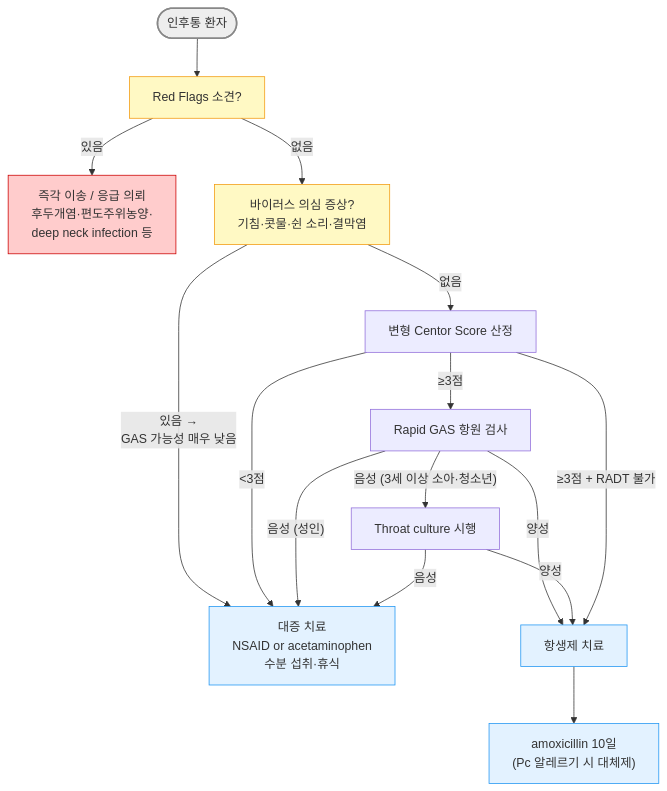
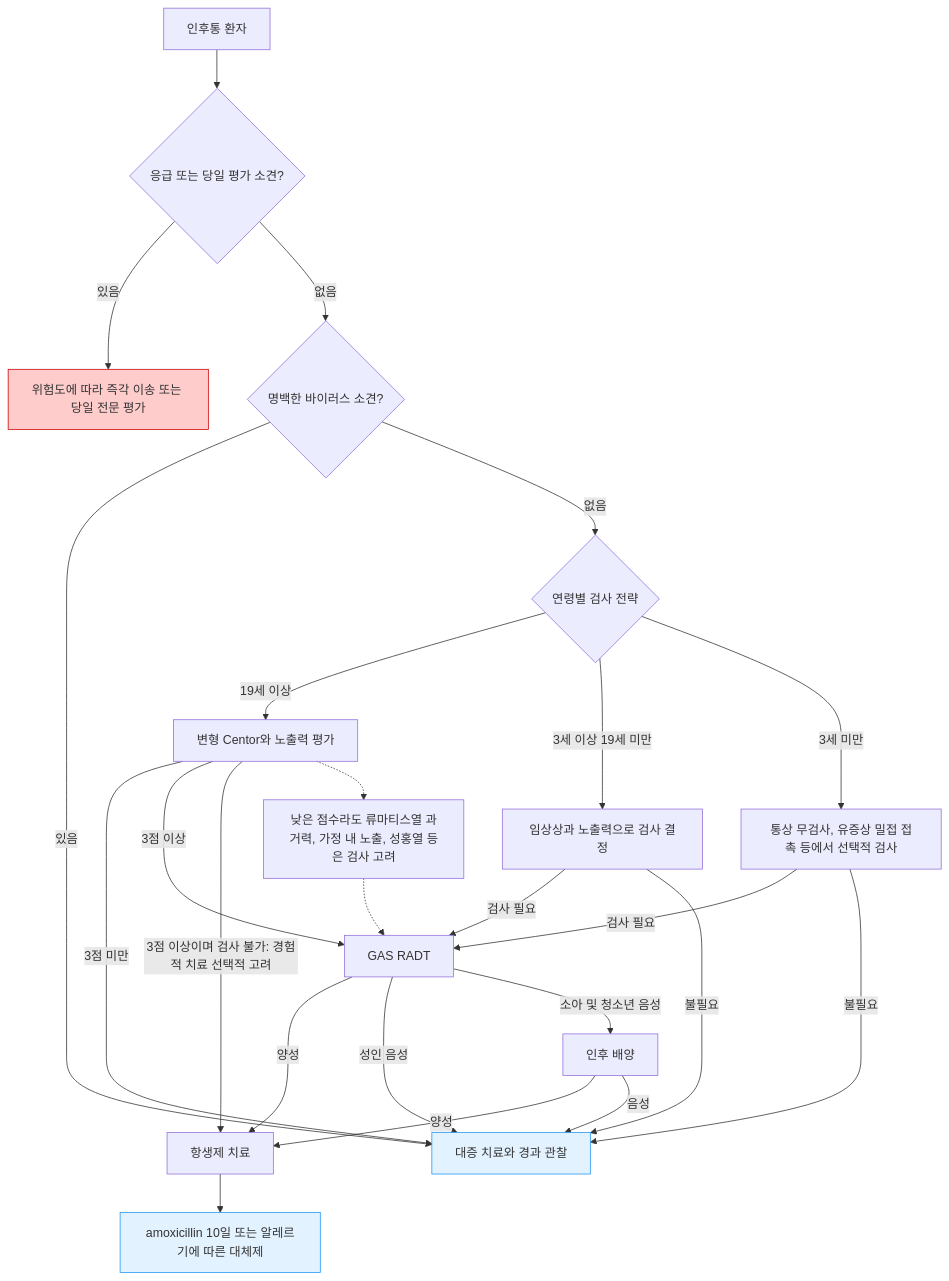
One commit to familyoh77/familyoh77 changed the diagram in 223_/061_-acute-pharyngitis.md. Above: the diagram before and after it, drawn with Mermaid. The commit also changed other lines of this file and 2 other files, not shown here.

````diff
--- a/223_/061_-acute-pharyngitis.md
+++ b/223_/061_-acute-pharyngitis.md
@@ -139,25 +142,29 @@
 ```mermaid
 graph TD
-    A([인후통 환자]) --> B[Red Flags 소견?]
-    B -->|있음| C["즉각 이송 / 응급 의뢰<br/>후두개염·편도주위농양·<br/>deep neck infection 등"]
-    B -->|없음| D["바이러스 의심 증상?<br/>기침·콧물·쉰 소리·결막염"]
-    D -->|"있음 → <br/>GAS 가능성 매우 낮음"| E["대증 치료<br/>NSAID or acetaminophen<br/>수분 섭취·휴식"]
-    D -->|없음| F["변형 Centor Score 산정"]
-    F -->|"<3점"| E
-    F -->|"≥3점"| G["Rapid GAS 항원 검사"]
-    G -->|양성| H["항생제 치료"]
-    G -->|"음성 (성인)"| E
-    G -->|"음성 (3세 이상 소아·청소년)"| J["Throat culture 시행"]
-    J -->|양성| H
-    J -->|음성| E
-    F -->|"≥3점 + RADT 불가"| H
-    H --> I["amoxicillin 10일<br/>(Pc 알레르기 시 대체제)"]
-
-style A fill:#eeeeee,stroke:#888888,stroke-width:2px
-classDef yellow fill:#fff9c4,stroke:#f39c12
-class B,D yellow
-style C fill:#ffcccc,stroke:#cc0000
-classDef sky fill:#e3f2ff,stroke:#2196f3
-class E,I,H sky
-
+    A["인후통 환자"] --> B{"응급 또는 당일 평가 소견?"}
+    B -->|있음| C["위험도에 따라 즉각 이송 또는 당일 전문 평가"]
+    B -->|없음| D{"명백한 바이러스 소견?"}
+    D -->|있음| E["대증 치료와 경과 관찰"]
+    D -->|없음| F{"연령별 검사 전략"}
+    F -->|19세 이상| G["변형 Centor와 노출력 평가"]
+    G -->|"3점 미만"| E
+    G -->|"3점 이상"| H["GAS RADT"]
+    G -->|"3점 이상이며 검사 불가: 경험적 치료 선택적 고려"| I["항생제 치료"]
+    F -->|"3세 이상 19세 미만"| J["임상상과 노출력으로 검사 결정"]
+    J -->|검사 필요| H
+    J -->|불필요| E
+    F -->|3세 미만| K["통상 무검사, 유증상 밀접 접촉 등에서 선택적 검사"]
+    K -->|검사 필요| H
+    K -->|불필요| E
+    H -->|양성| I
+    H -->|성인 음성| E
+    H -->|소아 및 청소년 음성| L["인후 배양"]
+    L -->|양성| I
+    L -->|음성| E
+    I --> M["amoxicillin 10일 또는 알레르기에 따른 대체제"]
+    G -.-> N["낮은 점수라도 류마티스열 과거력, 가정 내 노출, 성홍열 등은 검사 고려"]
+    N -.-> H
+    style C fill:#ffcccc,stroke:#cc0000
+    style E fill:#e3f2ff,stroke:#2196f3
+    style M fill:#e3f2ff,stroke:#2196f3
 ```
````
